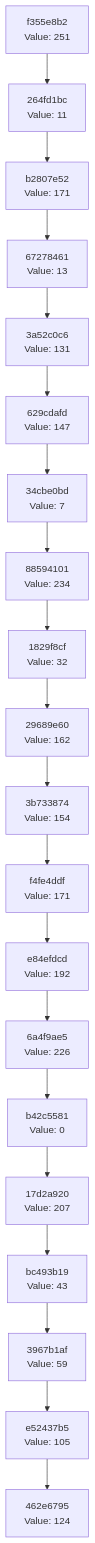
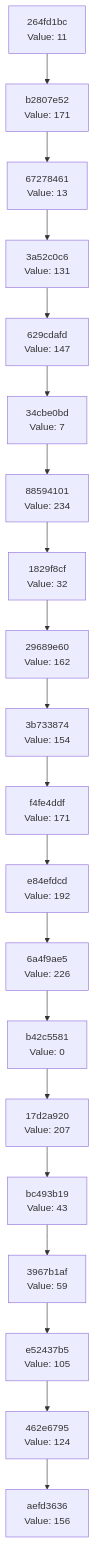
The diagram in docs/CHAIN_VISUALIZATION.md (Abhisheksinha1506/hash-chain-evolver), drawn with Mermaid before and after one commit. The commit also changed 2 other files, not shown here.

Commit message:
Evolution Step

````diff
--- a/docs/CHAIN_VISUALIZATION.md
+++ b/docs/CHAIN_VISUALIZATION.md
@@ -3,42 +3,42 @@
 ```mermaid
 graph TD
-    C0["462e6795<br/>Value: 124"]
-    C1["e52437b5<br/>Value: 105"]
+    C0["aefd3636<br/>Value: 156"]
+    C1["462e6795<br/>Value: 124"]
     C1 --> C0
-    C2["3967b1af<br/>Value: 59"]
+    C2["e52437b5<br/>Value: 105"]
     C2 --> C1
-    C3["bc493b19<br/>Value: 43"]
+    C3["3967b1af<br/>Value: 59"]
     C3 --> C2
-    C4["17d2a920<br/>Value: 207"]
+    C4["bc493b19<br/>Value: 43"]
     C4 --> C3
-    C5["b42c5581<br/>Value: 0"]
+    C5["17d2a920<br/>Value: 207"]
     C5 --> C4
-    C6["6a4f9ae5<br/>Value: 226"]
+    C6["b42c5581<br/>Value: 0"]
     C6 --> C5
-    C7["e84efdcd<br/>Value: 192"]
+    C7["6a4f9ae5<br/>Value: 226"]
     C7 --> C6
-    C8["f4fe4ddf<br/>Value: 171"]
+    C8["e84efdcd<br/>Value: 192"]
     C8 --> C7
-    C9["3b733874<br/>Value: 154"]
+    C9["f4fe4ddf<br/>Value: 171"]
     C9 --> C8
-    C10["29689e60<br/>Value: 162"]
+    C10["3b733874<br/>Value: 154"]
     C10 --> C9
-    C11["1829f8cf<br/>Value: 32"]
+    C11["29689e60<br/>Value: 162"]
     C11 --> C10
-    C12["88594101<br/>Value: 234"]
+    C12["1829f8cf<br/>Value: 32"]
     C12 --> C11
-    C13["34cbe0bd<br/>Value: 7"]
+    C13["88594101<br/>Value: 234"]
     C13 --> C12
-    C14["629cdafd<br/>Value: 147"]
+    C14["34cbe0bd<br/>Value: 7"]
     C14 --> C13
-    C15["3a52c0c6<br/>Value: 131"]
+    C15["629cdafd<br/>Value: 147"]
     C15 --> C14
-    C16["67278461<br/>Value: 13"]
+    C16["3a52c0c6<br/>Value: 131"]
     C16 --> C15
-    C17["b2807e52<br/>Value: 171"]
+    C17["67278461<br/>Value: 13"]
     C17 --> C16
-    C18["264fd1bc<br/>Value: 11"]
+    C18["b2807e52<br/>Value: 171"]
     C18 --> C17
-    C19["f355e8b2<br/>Value: 251"]
+    C19["264fd1bc<br/>Value: 11"]
     C19 --> C18
 ```
````
